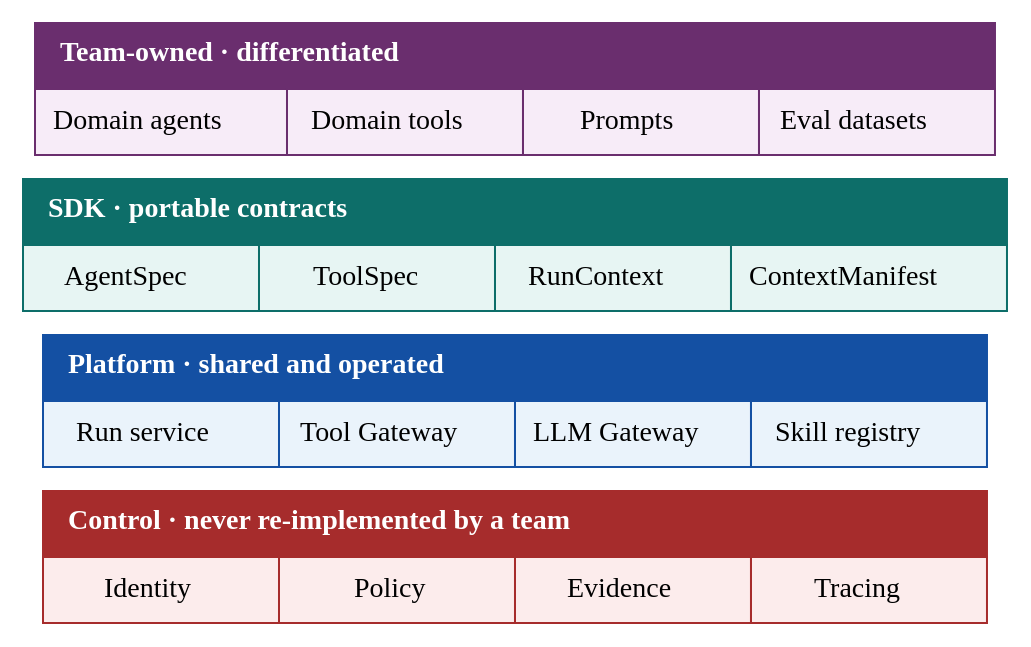
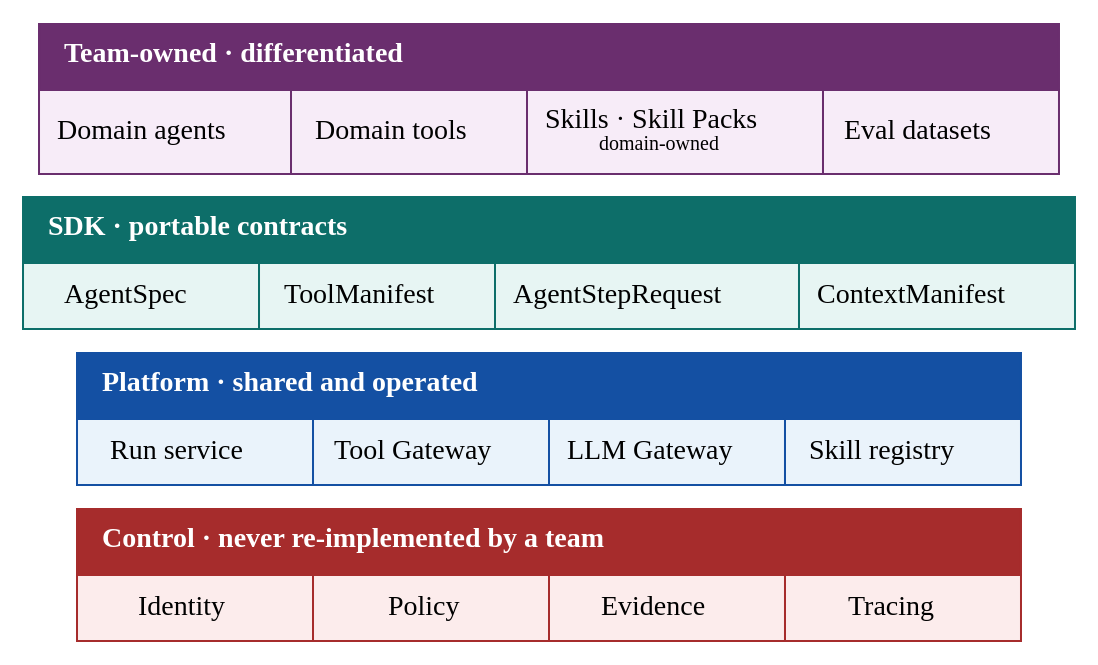
The diagram in assets/diagrams/src/developer-platform.gv (rrahimi-uci/building-enterprise-general-intelligence), drawn with Graphviz before and after one commit. The commit also changed 46 other files, not shown here.

```diff
--- a/assets/diagrams/src/developer-platform.gv
+++ b/assets/diagrams/src/developer-platform.gv
@@ -1,35 +1,37 @@
 // Figure 7-1 — Agentic developer platform and SDK capability stack.
 // Message: teams build differentiated agents on shared, versioned capabilities
-// they do not have to re-implement or re-secure.
+// they do not have to re-implement or re-secure. Skills and Skill Packs are
+// domain-owned and reused across agents; the registry that resolves them is
+// platform-owned.
 digraph developer_platform {
   rankdir = TB
   graph [ranksep=0.16]
   node [shape=plaintext, style="", margin=0]
   edge [style=invis]
 
   apps [label=<
     <TABLE BORDER="0" CELLBORDER="1" CELLSPACING="0" CELLPADDING="8" COLOR="#6A2E6E" BGCOLOR="#F7ECF8">
       <TR><TD COLSPAN="4" BGCOLOR="#6A2E6E" ALIGN="LEFT"><FONT COLOR="white"><B>  Team-owned · differentiated</B></FONT></TD></TR>
       <TR><TD WIDTH="118" ALIGN="CENTER">Domain agents</TD><TD WIDTH="118" ALIGN="CENTER">Domain tools</TD>
-          <TD WIDTH="118" ALIGN="CENTER">Prompts</TD><TD WIDTH="118" ALIGN="CENTER">Eval datasets</TD></TR>
+          <TD WIDTH="118" ALIGN="CENTER">Skills · Skill Packs<BR/><FONT POINT-SIZE="10">domain-owned</FONT></TD><TD WIDTH="118" ALIGN="CENTER">Eval datasets</TD></TR>
     </TABLE>>]
   sdk [label=<
     <TABLE BORDER="0" CELLBORDER="1" CELLSPACING="0" CELLPADDING="8" COLOR="#0D6E69" BGCOLOR="#E7F5F3">
       <TR><TD COLSPAN="4" BGCOLOR="#0D6E69" ALIGN="LEFT"><FONT COLOR="white"><B>  SDK · portable contracts</B></FONT></TD></TR>
-      <TR><TD WIDTH="118" ALIGN="CENTER">AgentSpec</TD><TD WIDTH="118" ALIGN="CENTER">ToolSpec</TD>
-          <TD WIDTH="118" ALIGN="CENTER">RunContext</TD><TD WIDTH="118" ALIGN="CENTER">ContextManifest</TD></TR>
+      <TR><TD WIDTH="118" ALIGN="CENTER">AgentSpec</TD><TD WIDTH="118" ALIGN="CENTER">ToolManifest</TD>
+          <TD WIDTH="118" ALIGN="CENTER">AgentStepRequest</TD><TD WIDTH="118" ALIGN="CENTER">ContextManifest</TD></TR>
     </TABLE>>]
   platform [label=<
     <TABLE BORDER="0" CELLBORDER="1" CELLSPACING="0" CELLPADDING="8" COLOR="#1450A3" BGCOLOR="#EAF3FB">
       <TR><TD COLSPAN="4" BGCOLOR="#1450A3" ALIGN="LEFT"><FONT COLOR="white"><B>  Platform · shared and operated</B></FONT></TD></TR>
       <TR><TD WIDTH="118" ALIGN="CENTER">Run service</TD><TD WIDTH="118" ALIGN="CENTER">Tool Gateway</TD>
           <TD WIDTH="118" ALIGN="CENTER">LLM Gateway</TD><TD WIDTH="118" ALIGN="CENTER">Skill registry</TD></TR>
     </TABLE>>]
   control [label=<
     <TABLE BORDER="0" CELLBORDER="1" CELLSPACING="0" CELLPADDING="8" COLOR="#A62C2C" BGCOLOR="#FCECEC">
       <TR><TD COLSPAN="4" BGCOLOR="#A62C2C" ALIGN="LEFT"><FONT COLOR="white"><B>  Control · never re-implemented by a team</B></FONT></TD></TR>
       <TR><TD WIDTH="118" ALIGN="CENTER">Identity</TD><TD WIDTH="118" ALIGN="CENTER">Policy</TD>
           <TD WIDTH="118" ALIGN="CENTER">Evidence</TD><TD WIDTH="118" ALIGN="CENTER">Tracing</TD></TR>
     </TABLE>>]
   apps -> sdk -> platform -> control
 }
```
